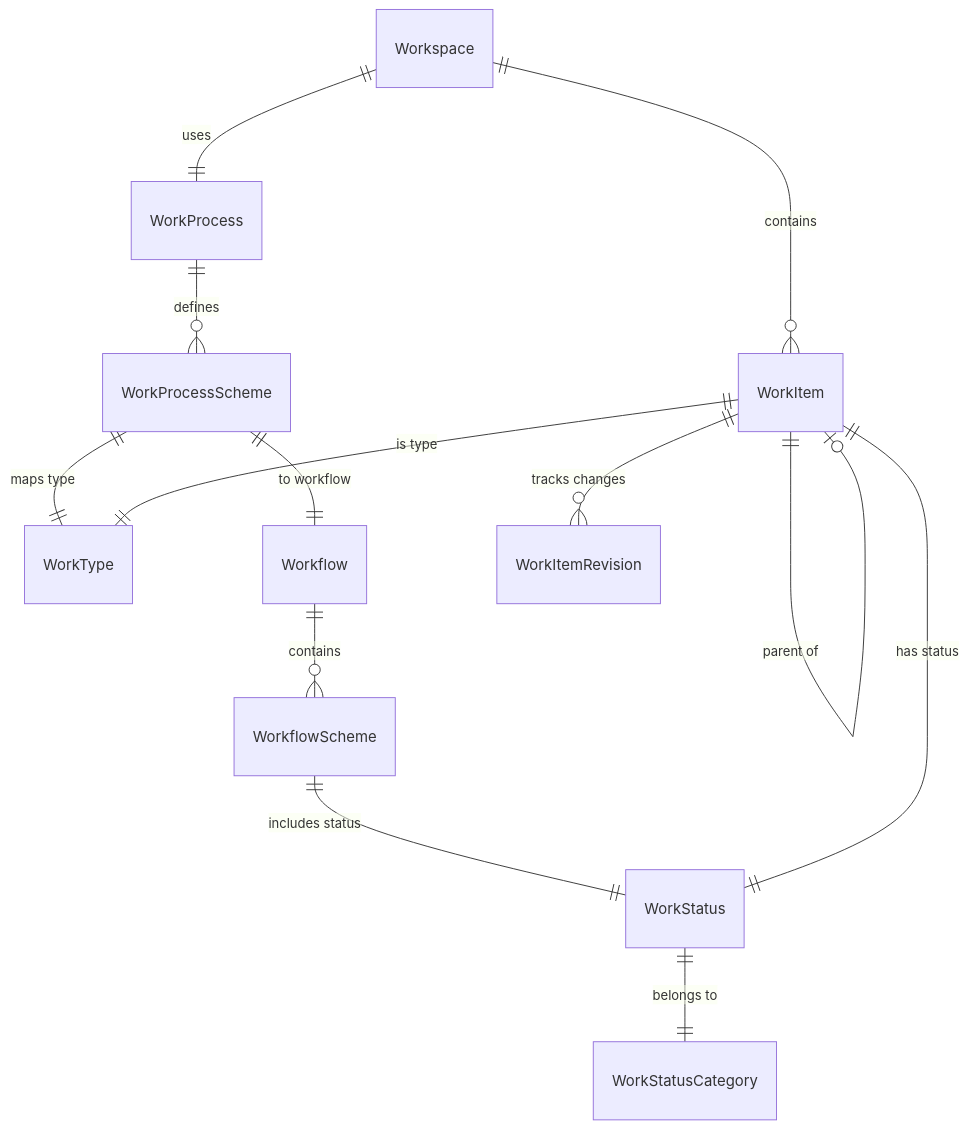
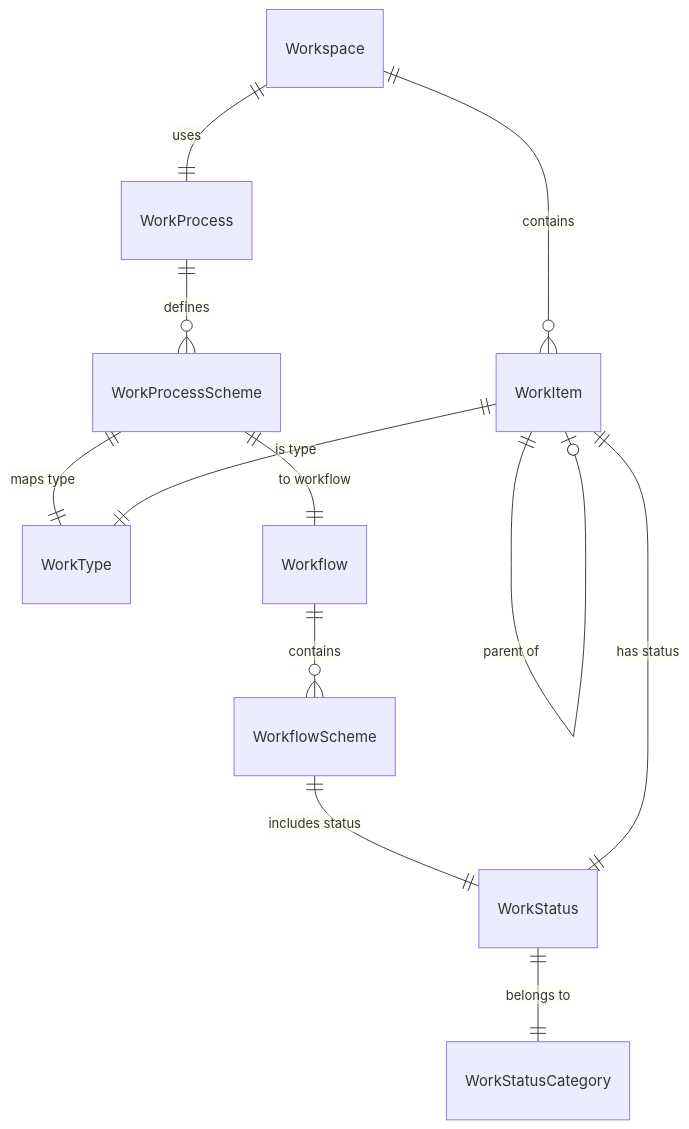
The diagram in docs/user-guide/work-management/work-configuration.mdx (destacey/Wayd), drawn with Mermaid before and after one commit. The commit also changed 5 other files, not shown here.

Commit message:
refactor(work): remove unused work item revision classes (#920)

````diff
--- a/docs/user-guide/work-management/work-configuration.mdx
+++ b/docs/user-guide/work-management/work-configuration.mdx
@@ -14,15 +14,14 @@
 ```mermaid
 erDiagram
     Workspace ||--|| WorkProcess : uses
     WorkProcess ||--o{ WorkProcessScheme : defines
     WorkProcessScheme ||--|| WorkType : "maps type"
     WorkProcessScheme ||--|| Workflow : "to workflow"
     Workflow ||--o{ WorkflowScheme : contains
     WorkflowScheme ||--|| WorkStatus : "includes status"
     WorkStatus ||--|| WorkStatusCategory : "belongs to"
     Workspace ||--o{ WorkItem : contains
     WorkItem ||--|| WorkType : "is type"
     WorkItem ||--|| WorkStatus : "has status"
     WorkItem ||--o| WorkItem : "parent of"
-    WorkItem ||--o{ WorkItemRevision : "tracks changes"
 ```
````
